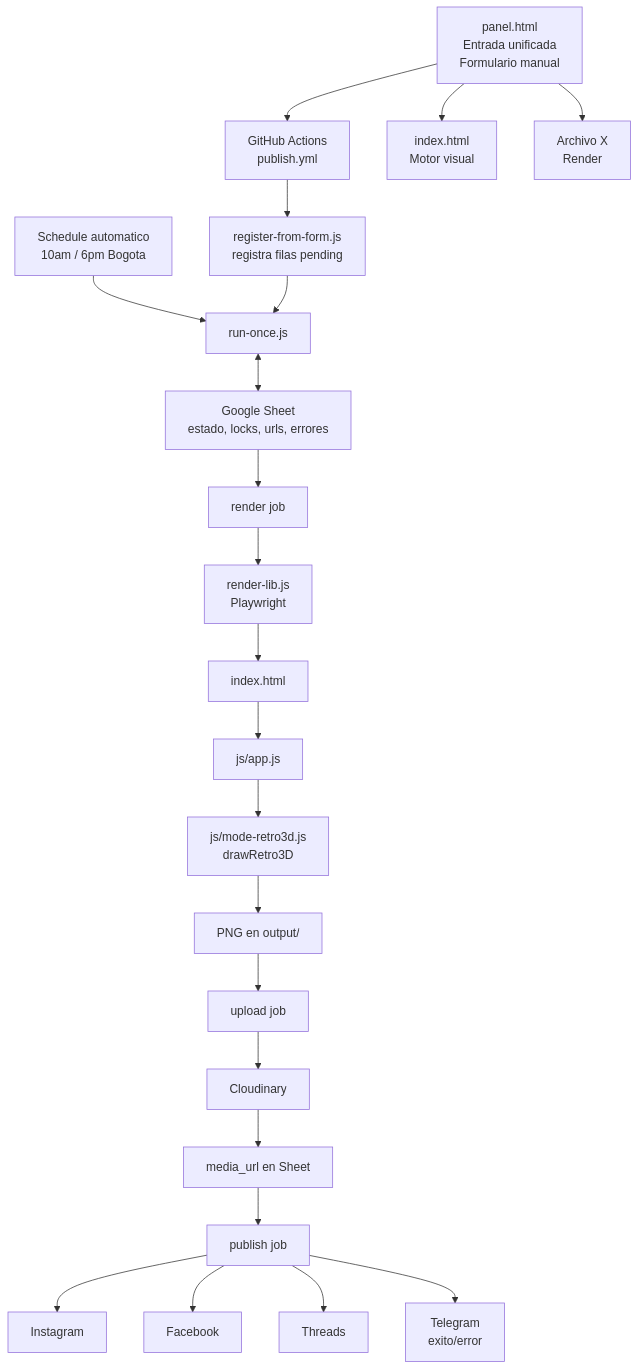
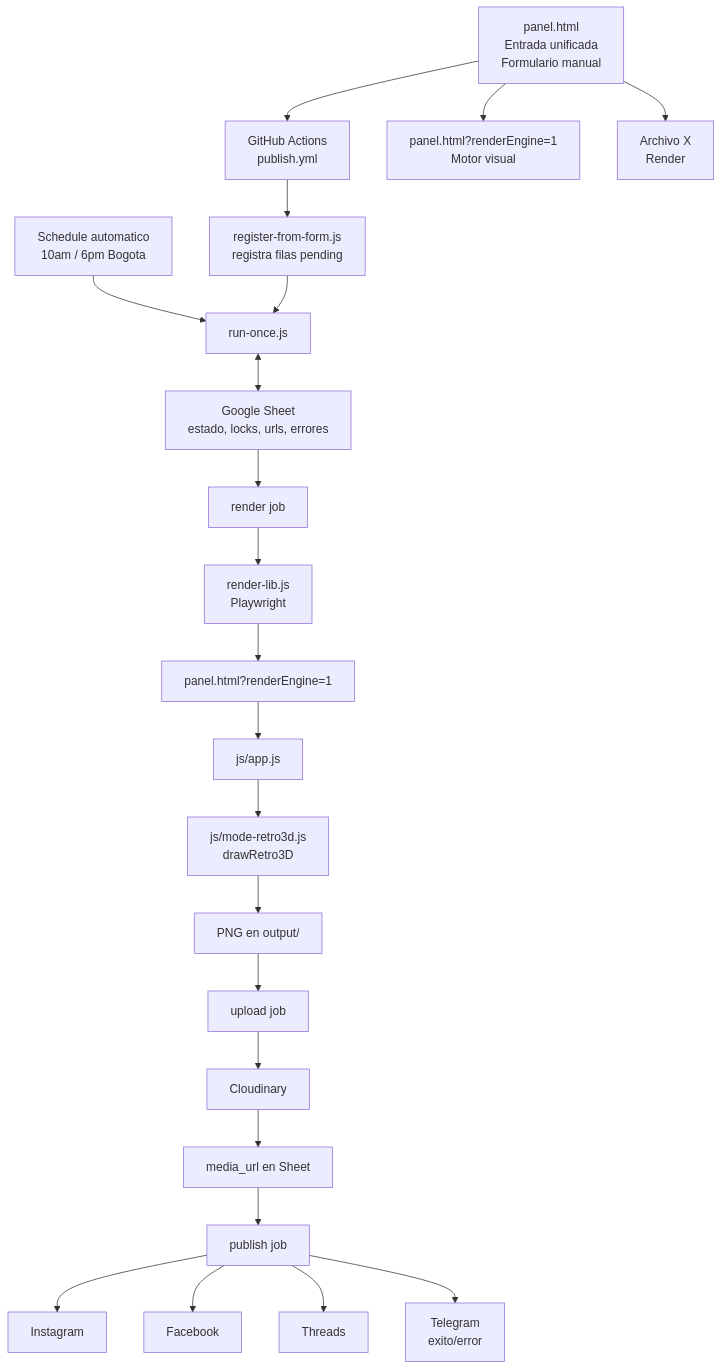
The first of 3 diagrams in docs/architecture/mapa-del-proyecto.md (viktoriavikulya/frase-generator-v2), drawn with Mermaid before and after one commit. The commit also changed other lines of this file and 9 other files, not shown here.

Commit message:
refactor: remove standalone index render engine

````diff
--- a/docs/architecture/mapa-del-proyecto.md
+++ b/docs/architecture/mapa-del-proyecto.md
@@ -9,29 +9,29 @@
 ```mermaid
 flowchart TD
   Z[panel.html<br/>Entrada unificada<br/>Formulario manual] --> A[GitHub Actions<br/>publish.yml]
-  Z --> Y[index.html<br/>Motor visual]
+  Z --> Y[panel.html?renderEngine=1<br/>Motor visual]
   Z --> X[Archivo X<br/>Render]
   A --> C[register-from-form.js<br/>registra filas pending]
 
   D[Schedule automatico<br/>10am / 6pm Bogota] --> E[run-once.js]
   C --> E
 
   E <--> F[Google Sheet<br/>estado, locks, urls, errores]
 
   F --> G[render job]
   G --> H[render-lib.js<br/>Playwright]
-  H --> I[index.html]
+  H --> I[panel.html?renderEngine=1]
   I --> J[js/app.js]
   J --> K[js/mode-retro3d.js<br/>drawRetro3D]
   K --> L[PNG en output/]
 
   L --> M[upload job]
   M --> N[Cloudinary]
   N --> O[media_url en Sheet]
 
   O --> P[publish job]
   P --> Q[Instagram]
   P --> R[Facebook]
   P --> S[Threads]
   P --> T[Telegram<br/>exito/error]
 ```
````
